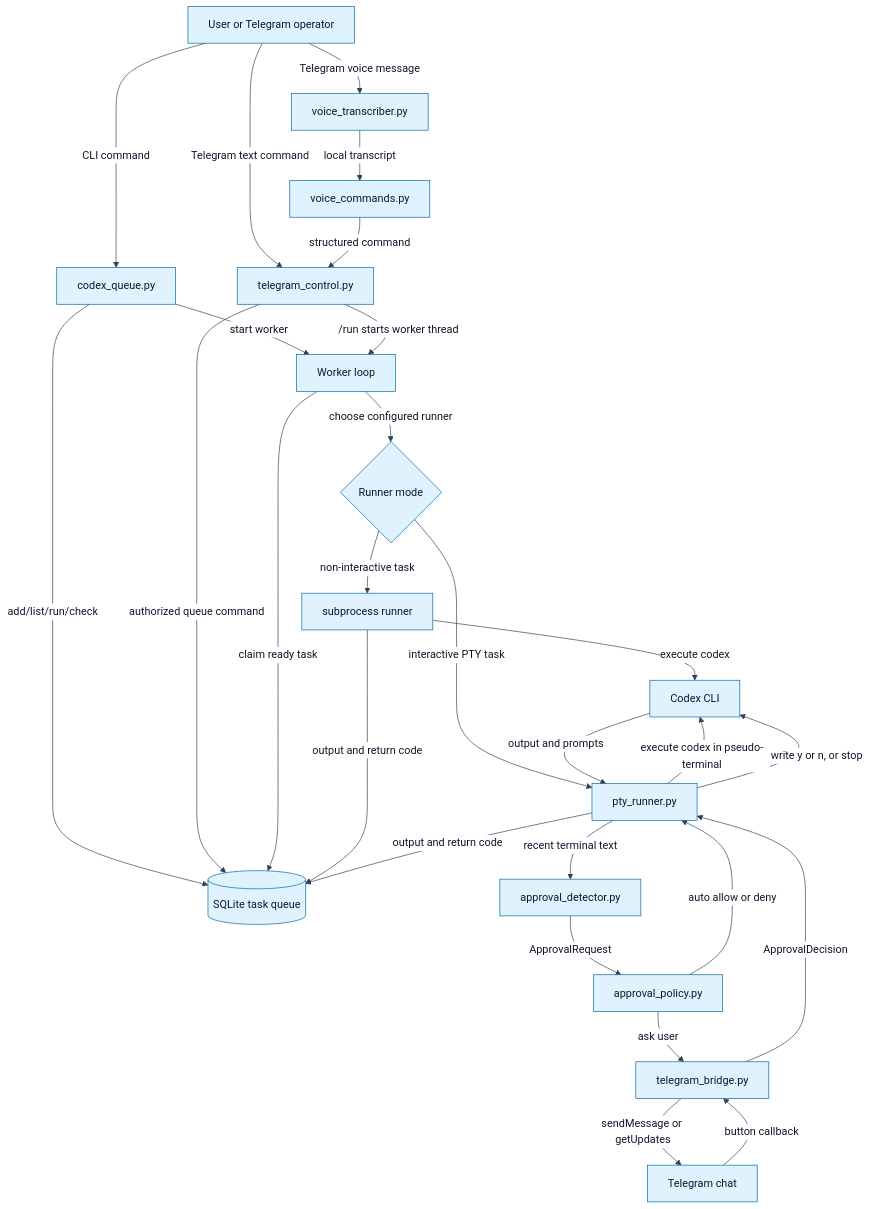
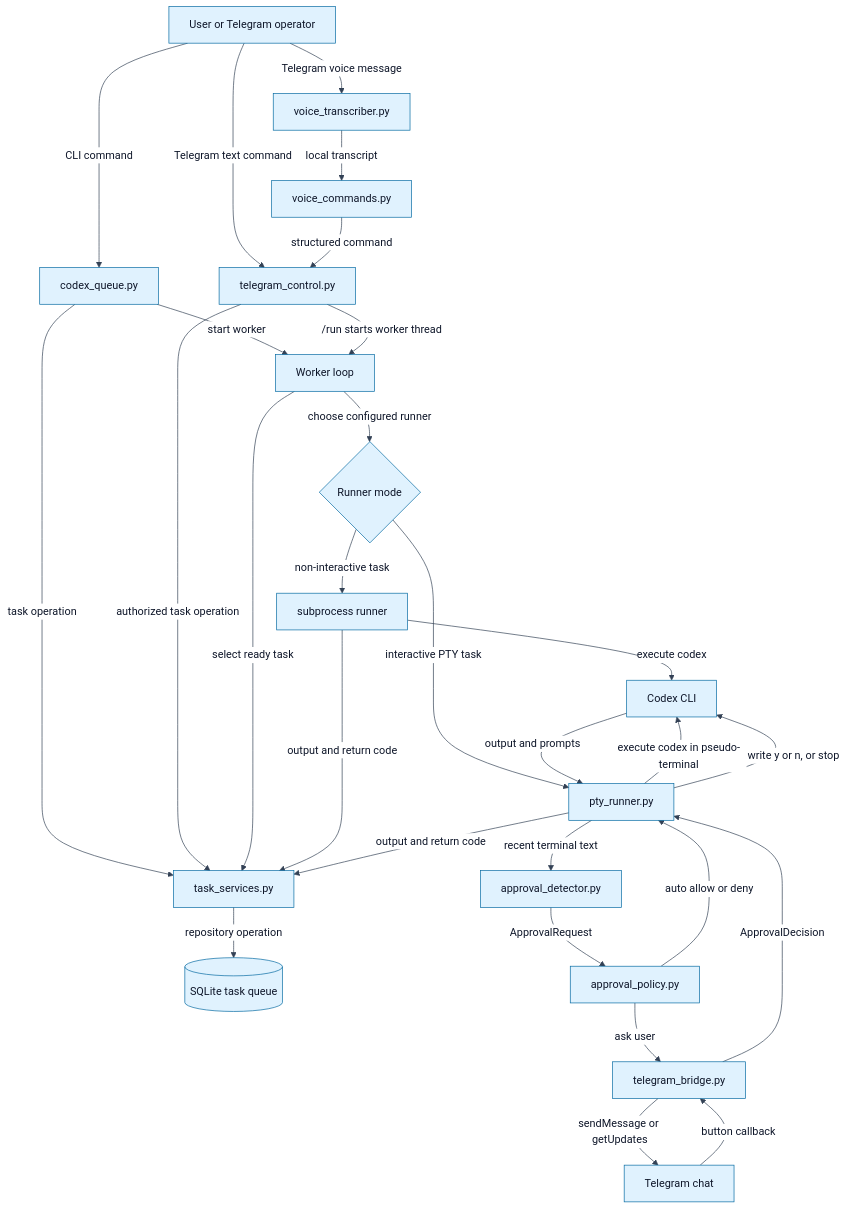
Before and after one commit to kinderp/durex: the diagram in docs/SYSTEM_OVERVIEW.md, drawn with Mermaid. The commit also changed other lines of this file and 4 other files, not shown here.

````diff
--- a/docs/SYSTEM_OVERVIEW.md
+++ b/docs/SYSTEM_OVERVIEW.md
@@ -31,46 +31,48 @@
 ```mermaid
 %%{init: {"theme":"base","themeVariables":{"background":"#ffffff","primaryColor":"#e0f2fe","primaryTextColor":"#0f172a","primaryBorderColor":"#0369a1","lineColor":"#334155","secondaryColor":"#dcfce7","secondaryTextColor":"#0f172a","secondaryBorderColor":"#15803d","tertiaryColor":"#fef3c7","tertiaryTextColor":"#0f172a","tertiaryBorderColor":"#b45309","edgeLabelBackground":"#ffffff","clusterBkg":"#f8fafc","clusterBorder":"#cbd5e1","fontFamily":"Arial, sans-serif"}}}%%
 flowchart TD
     User[User or Telegram operator]
     CLI[codex_queue.py]
     Control[telegram_control.py]
+    Services[task_services.py]
     VoiceParser[voice_commands.py]
     VoiceSTT[voice_transcriber.py]
     DB[(SQLite task queue)]
     Worker[Worker loop]
     Runner{Runner mode}
     Subprocess[subprocess runner]
     PTY[pty_runner.py]
     Codex[Codex CLI]
     Detector[approval_detector.py]
     Policy[approval_policy.py]
     Bridge[telegram_bridge.py]
     Phone[Telegram chat]
 
     User -->|CLI command| CLI
     User -->|Telegram text command| Control
     User -->|Telegram voice message| VoiceSTT
     VoiceSTT -->|local transcript| VoiceParser
     VoiceParser -->|structured command| Control
-    CLI -->|add/list/run/check| DB
-    Control -->|authorized queue command| DB
+    CLI -->|task operation| Services
+    Control -->|authorized task operation| Services
+    Services -->|repository operation| DB
     CLI -->|start worker| Worker
     Control -->|/run starts worker thread| Worker
-    Worker -->|claim ready task| DB
+    Worker -->|select ready task| Services
     Worker -->|choose configured runner| Runner
     Runner -->|non-interactive task| Subprocess
     Runner -->|interactive PTY task| PTY
     Subprocess -->|execute codex| Codex
     PTY -->|execute codex in pseudo-terminal| Codex
     Codex -->|output and prompts| PTY
     PTY -->|recent terminal text| Detector
     Detector -->|ApprovalRequest| Policy
     Policy -->|auto allow or deny| PTY
     Policy -->|ask user| Bridge
     Bridge -->|sendMessage or getUpdates| Phone
     Phone -->|button callback| Bridge
     Bridge -->|ApprovalDecision| PTY
     PTY -->|write y or n, or stop| Codex
-    Subprocess -->|output and return code| DB
-    PTY -->|output and return code| DB
+    Subprocess -->|output and return code| Services
+    PTY -->|output and return code| Services
 ```
````
